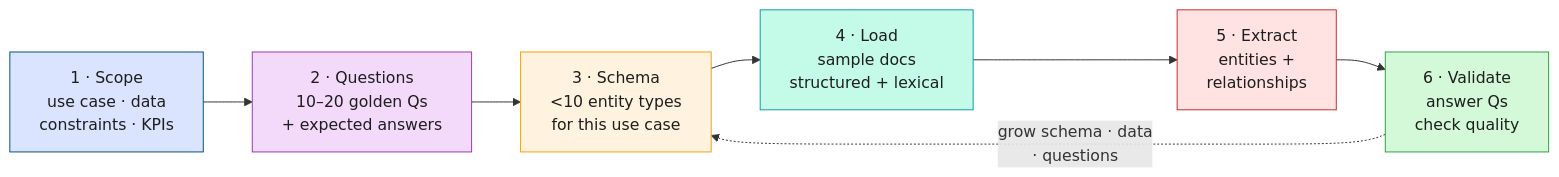
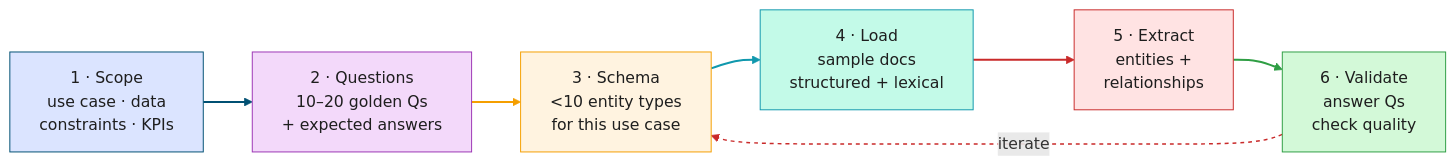
The third of 13 diagrams in outputs/Graph_Intelligence_Technical_DeepDive.md (joy-neo4j/graph-intelligence-agent), drawn with Mermaid before and after one commit. The commit also changed other lines of this file and 1 other file, not shown here.

````diff
--- a/outputs/Graph_Intelligence_Technical_DeepDive.md
+++ b/outputs/Graph_Intelligence_Technical_DeepDive.md
@@ -255,15 +264,21 @@
 ```mermaid
 flowchart LR
     S0["1 · Scope<br/>use case · data<br/>constraints · KPIs"] --> S1["2 · Questions<br/>10–20 golden Qs<br/>+ expected answers"]
     S1 --> S2["3 · Schema<br/>&lt;10 entity types<br/>for this use case"]
     S2 --> S3["4 · Load<br/>sample docs<br/>structured + lexical"]
     S3 --> S4["5 · Extract<br/>entities +<br/>relationships"]
     S4 --> S5["6 · Validate<br/>answer Qs<br/>check quality"]
-    S5 -.->|"grow schema · data<br/>· questions"| S2
+    S5 -.->|"iterate"| S2
     style S0 fill:#dbe4ff,stroke:#005073,color:#1e1e1e
     style S1 fill:#f3d9fa,stroke:#9c36b5,color:#1e1e1e
     style S2 fill:#fff3e0,stroke:#f59f00,color:#1e1e1e
     style S3 fill:#c3fae8,stroke:#1098ad,color:#1e1e1e
     style S4 fill:#ffe3e3,stroke:#c92a2a,color:#1e1e1e
     style S5 fill:#d3f9d8,stroke:#2f9e44,color:#1e1e1e
+    linkStyle 0 stroke:#005073,stroke-width:2px
+    linkStyle 1 stroke:#f59f00,stroke-width:2px
+    linkStyle 2 stroke:#1098ad,stroke-width:2px
+    linkStyle 3 stroke:#c92a2a,stroke-width:2px
+    linkStyle 4 stroke:#2f9e44,stroke-width:2px
+    linkStyle 5 stroke:#c92a2a,stroke-width:1.5px,stroke-dasharray:4
 ```
````
